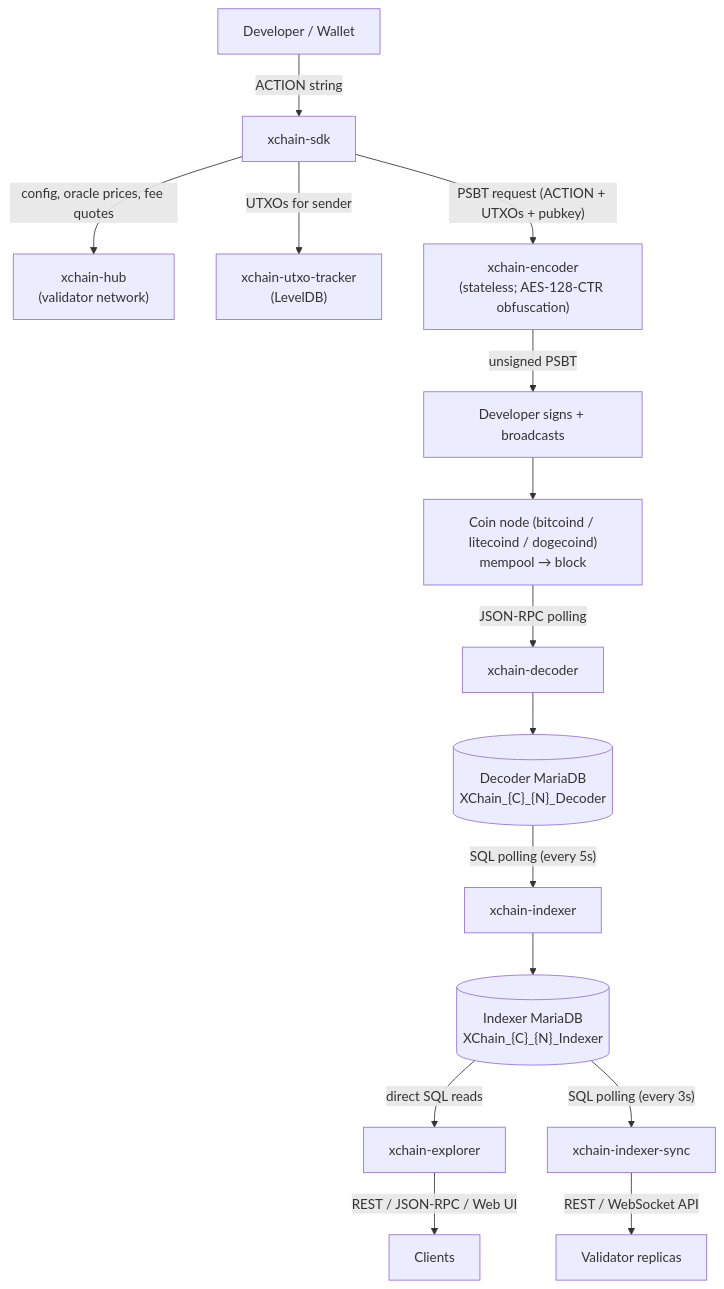
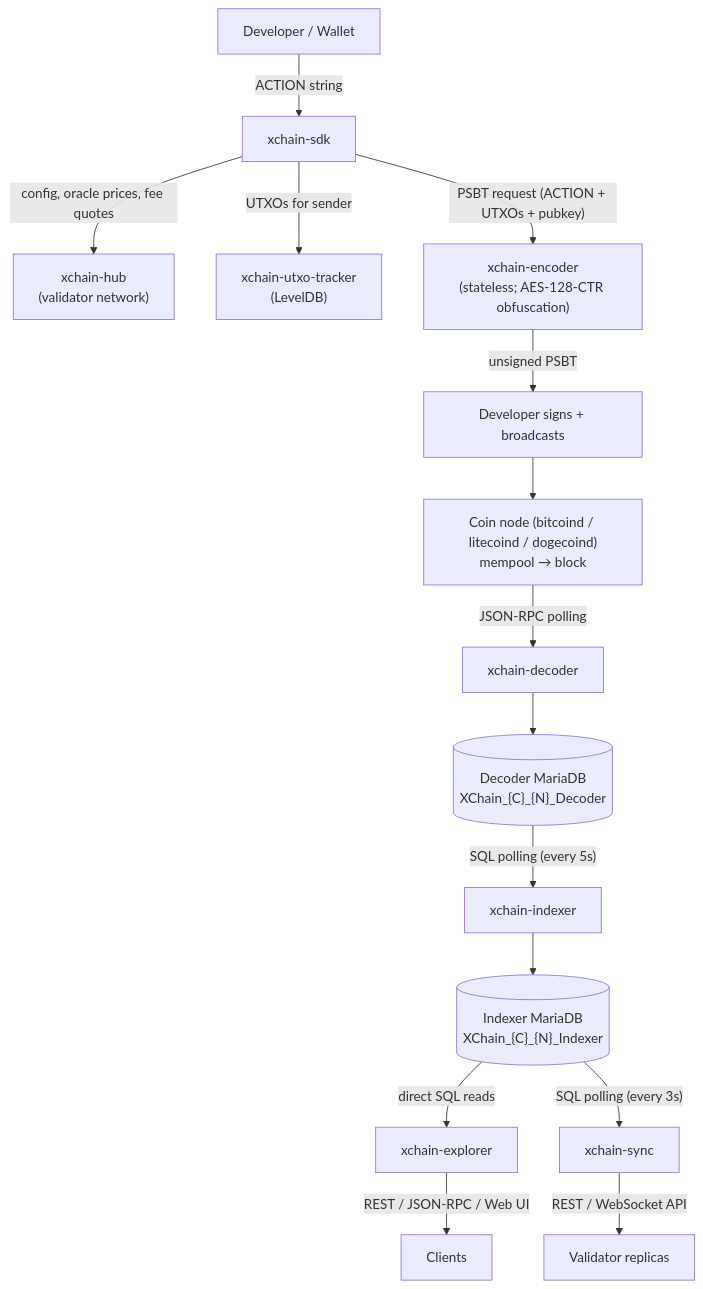
Before and after one commit to XChain-Platform/xchain-documentation: the second of 2 diagrams in architecture/data-pipeline.md, drawn with Mermaid. The commit also changed other lines of this file and 62 other files, not shown here.

````diff
--- a/architecture/data-pipeline.md
+++ b/architecture/data-pipeline.md
@@ -158,33 +158,33 @@
 ```mermaid
 flowchart TD
     DEV["Developer / Wallet"]
     SDK["xchain-sdk"]
     HUB["xchain-hub<br>(validator network)"]
     UTXO["xchain-utxo-tracker<br>(LevelDB)"]
     ENC["xchain-encoder<br>(stateless; AES-128-CTR obfuscation)"]
     SIGN["Developer signs + broadcasts"]
     NODE["Coin node (bitcoind / litecoind / dogecoind)<br>mempool → block"]
     DECODER["xchain-decoder"]
     DECDB[("Decoder MariaDB<br>XChain_{C}_{N}_Decoder")]
     INDEXER["xchain-indexer"]
     IDXDB[("Indexer MariaDB<br>XChain_{C}_{N}_Indexer")]
     EXPLORER["xchain-explorer"]
-    SYNC["xchain-indexer-sync"]
+    SYNC["xchain-sync"]
     CLIENTS["Clients"]
     REPLICAS["Validator replicas"]
 
     DEV -->|ACTION string| SDK
     SDK -->|config, oracle prices, fee quotes| HUB
     SDK -->|UTXOs for sender| UTXO
     SDK -->|"PSBT request (ACTION + UTXOs + pubkey)"| ENC
     ENC -->|unsigned PSBT| SIGN
     SIGN --> NODE
     NODE -->|JSON-RPC polling| DECODER
     DECODER --> DECDB
     DECDB -->|"SQL polling (every 5s)"| INDEXER
     INDEXER --> IDXDB
     IDXDB -->|direct SQL reads| EXPLORER
     IDXDB -->|"SQL polling (every 3s)"| SYNC
     EXPLORER -->|REST / JSON-RPC / Web UI| CLIENTS
     SYNC -->|REST / WebSocket API| REPLICAS
 ```
````
